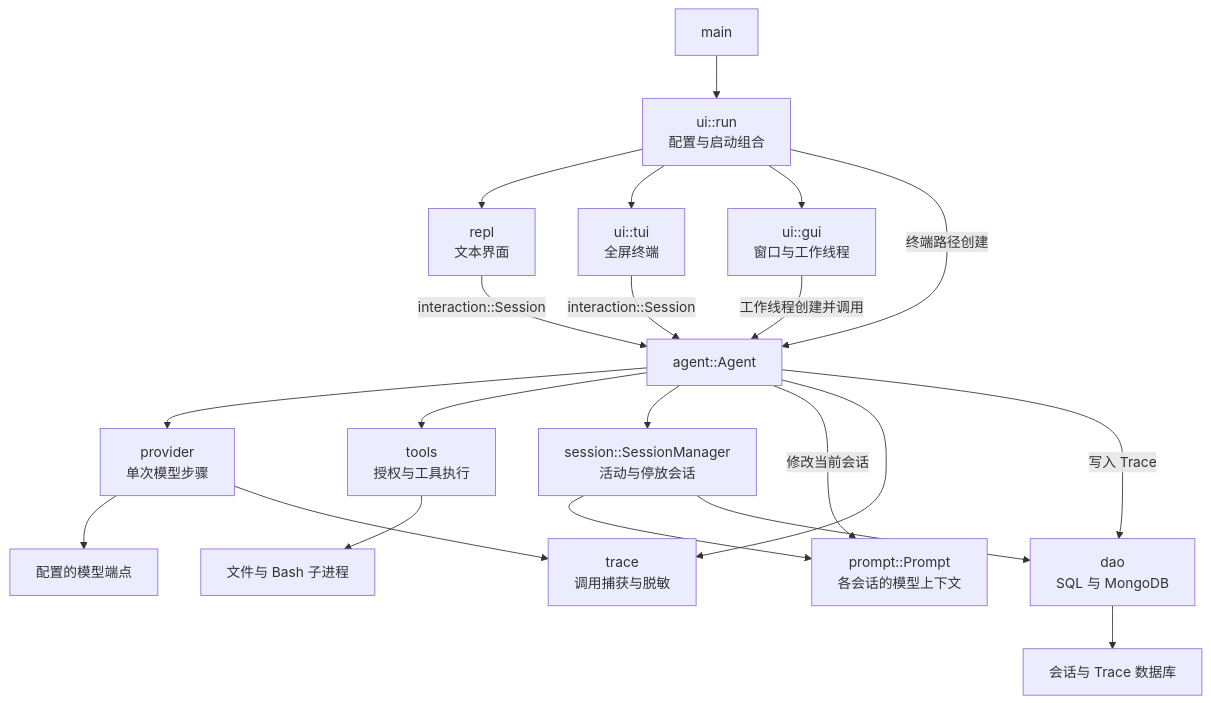
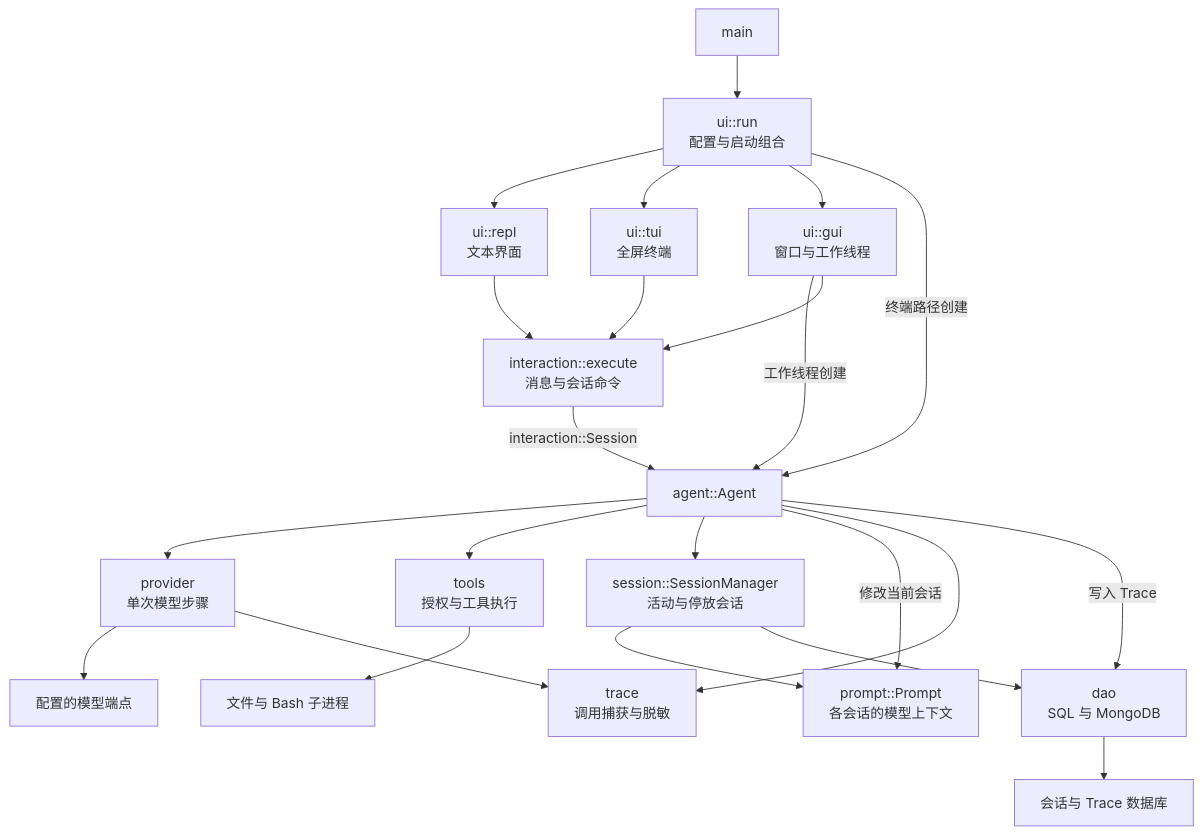
The first of 3 diagrams in docs/design/architecture.md (Godyu97/geer-agent), drawn with Mermaid before and after one commit. The commit also changed other lines of this file and 30 other files, not shown here.

````diff
--- a/docs/design/architecture.md
+++ b/docs/design/architecture.md
@@ -71,23 +71,25 @@
 ```mermaid
 flowchart TD
     Main["main"] --> UI["ui::run<br/>配置与启动组合"]
-    UI --> Repl["repl<br/>文本界面"]
+    UI --> Repl["ui::repl<br/>文本界面"]
     UI --> Tui["ui::tui<br/>全屏终端"]
     UI --> Gui["ui::gui<br/>窗口与工作线程"]
     UI -->|"终端路径创建"| Agent["agent::Agent"]
-    Gui -->|"工作线程创建并调用"| Agent
-    Repl -->|"interaction::Session"| Agent
-    Tui -->|"interaction::Session"| Agent
+    Gui -->|"工作线程创建"| Agent
+    Repl --> Execute["interaction::execute<br/>消息与会话命令"]
+    Tui --> Execute
+    Gui --> Execute
+    Execute -->|"interaction::Session"| Agent
     Agent --> Provider["provider<br/>单次模型步骤"]
     Agent --> Tools["tools<br/>授权与工具执行"]
     Agent --> Sessions["session::SessionManager<br/>活动与停放会话"]
     Sessions --> Prompt["prompt::Prompt<br/>各会话的模型上下文"]
     Agent -->|"修改当前会话"| Prompt
     Provider --> LLM["配置的模型端点"]
     Tools --> Local["文件与 Bash 子进程"]
     Sessions --> DAO["dao<br/>SQL 与 MongoDB"]
     Agent --> Trace["trace<br/>调用捕获与脱敏"]
     Provider --> Trace
     Agent -->|"写入 Trace"| DAO
     DAO --> DB["会话与 Trace 数据库"]
 ```
````
